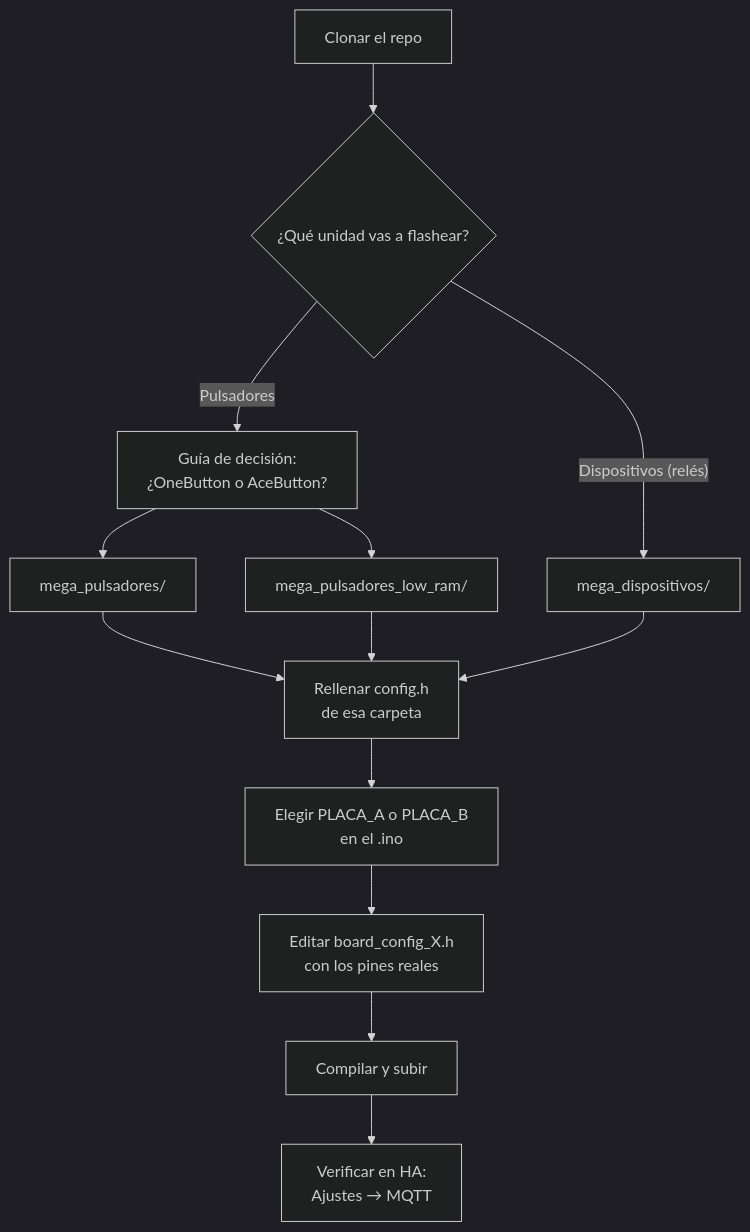
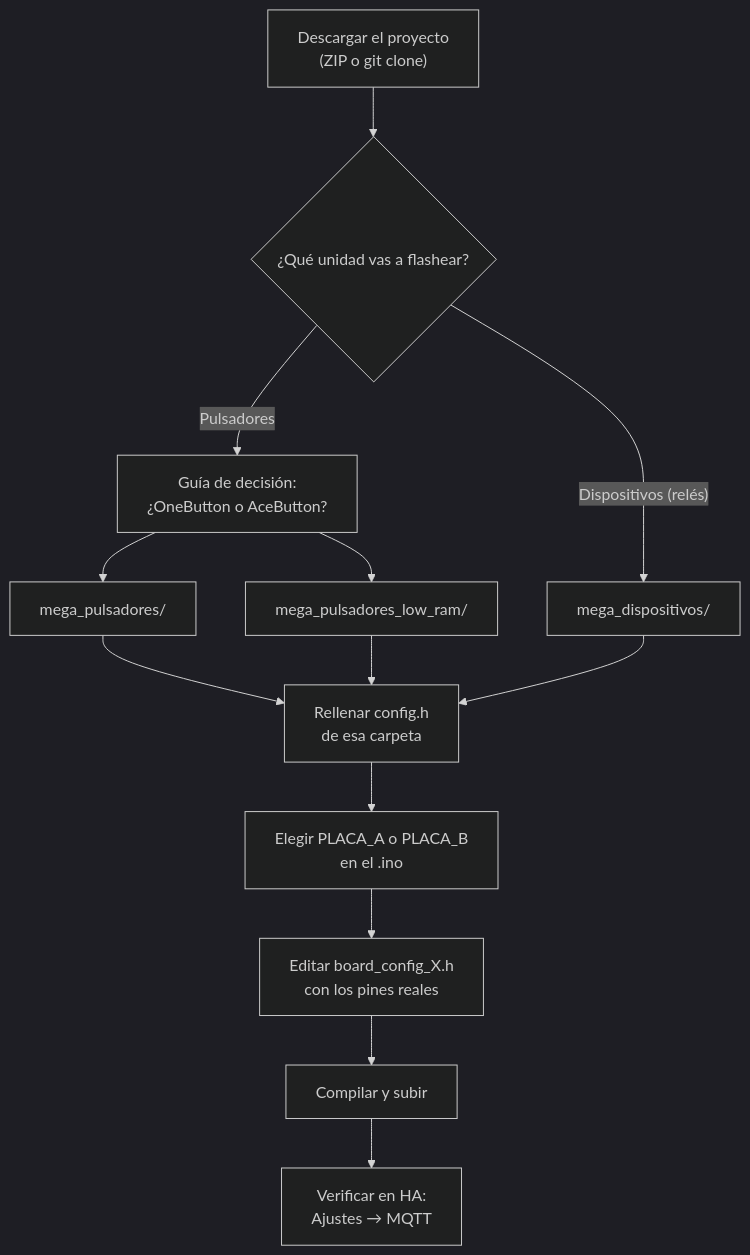
One commit to GerardUmbert/arduino-mega-mqtt-ha changed the diagram in docs/docs/getting-started/index.md. Above: the diagram before and after it, drawn with Mermaid (dark theme). The commit also changed 11 other files, not shown here.

````diff
--- a/docs/docs/getting-started/index.md
+++ b/docs/docs/getting-started/index.md
@@ -15,15 +15,21 @@
 ```mermaid
 flowchart TD
-    A[Clonar el repo] --> B{"¿Qué unidad vas a flashear?"}
-    B -- "Pulsadores" --> C["Guía de decisión:<br/>¿OneButton o AceButton?"]
+    A["`Descargar el proyecto
+    (ZIP o git clone)`"] --> B{"¿Qué unidad vas a flashear?"}
+    B -- Pulsadores --> C["`Guía de decisión:
+    ¿OneButton o AceButton?`"]
     B -- "Dispositivos (relés)" --> D["mega_dispositivos/"]
     C --> E["mega_pulsadores/"]
     C --> F["mega_pulsadores_low_ram/"]
-    E --> G["Rellenar config.h<br/>de esa carpeta"]
+    E --> G["`Rellenar config.h
+    de esa carpeta`"]
     F --> G
     D --> G
-    G --> H["Elegir PLACA_A o PLACA_B<br/>en el .ino"]
-    H --> I["Editar board_config_X.h<br/>con los pines reales"]
+    G --> H["`Elegir PLACA_A o PLACA_B
+    en el .ino`"]
+    H --> I["`Editar board_config_X.h
+    con los pines reales`"]
     I --> J["Compilar y subir"]
-    J --> K["Verificar en HA:<br/>Ajustes → MQTT"]
+    J --> K["`Verificar en HA:
+    Ajustes → MQTT`"]
 ```
````
